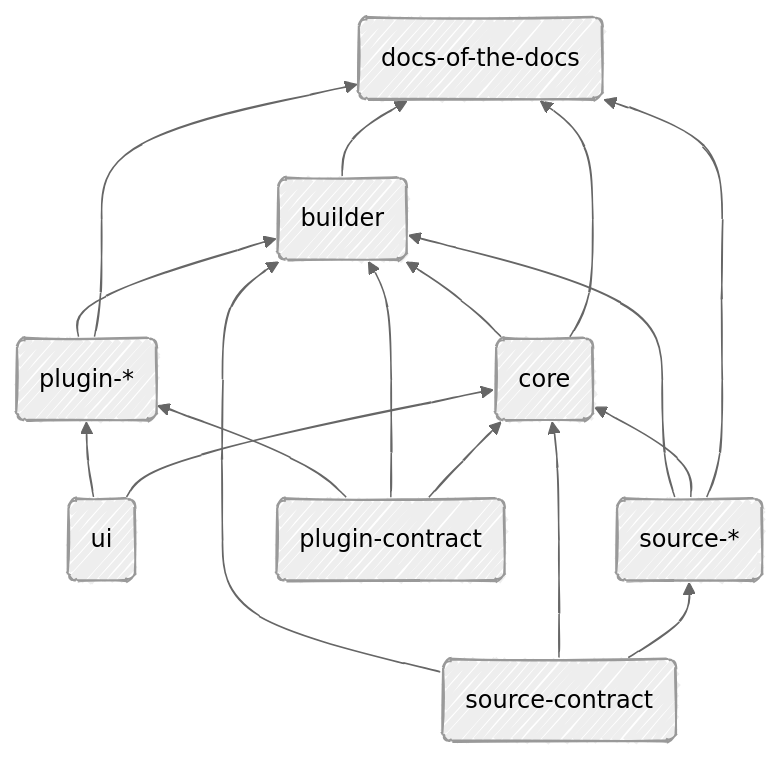
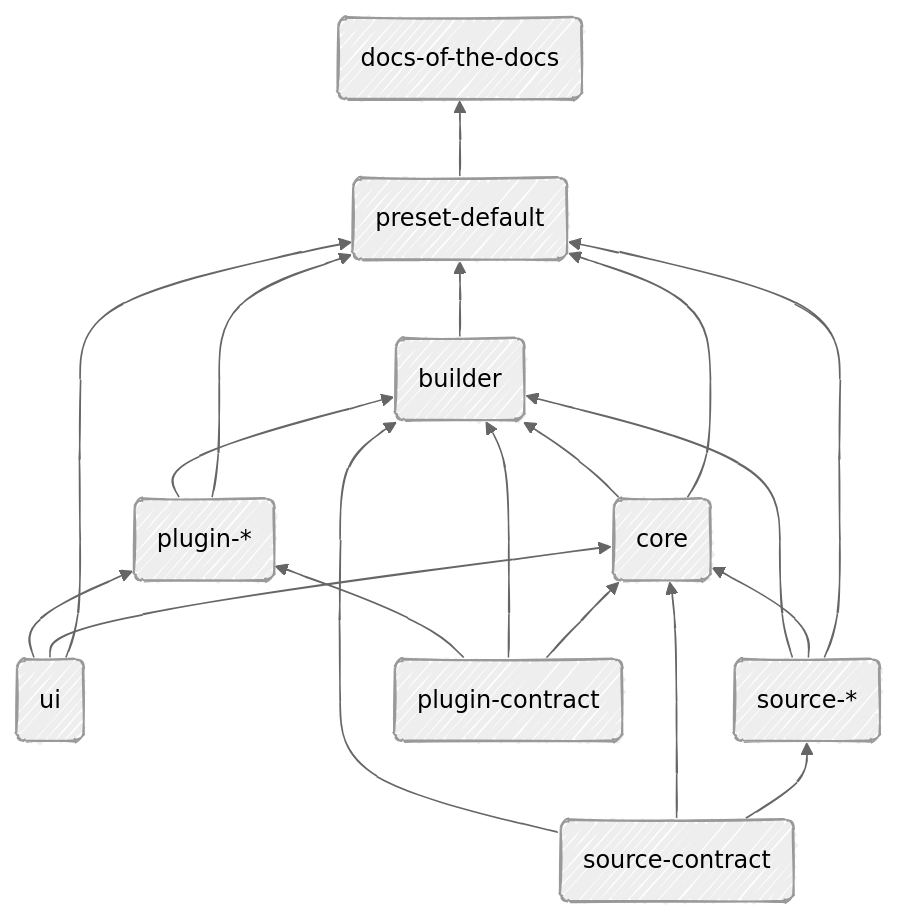
One commit to thspacecode/the-docs changed the diagram in docs/packages-boundaries/index.mdx. Above: the diagram before and after it, drawn with Mermaid. The commit also changed other lines of this file and 18 other files, not shown here.

Commit message:
feat: add default application preset

````diff
--- a/docs/packages-boundaries/index.mdx
+++ b/docs/packages-boundaries/index.mdx
@@ -29,34 +30,37 @@
 ```mermaid
 ---
 config:
   look: handDrawn
   theme: neutral
 ---
 
 flowchart BT
     app("docs-of-the-docs")
+    preset("preset-default")
     core("core")
     builder("builder")
     ui("ui")
     source-*("source-*")
     source-contract("source-contract")
     plugins("plugin-*")
     contract("plugin-contract")
 
-    core --> app
-    builder --> app
-    plugins --> app
-    source-* --> app
+    preset --> app
+    core --> preset
+    builder --> preset
+    plugins --> preset
+    source-* --> preset
+    ui --> preset
     source-* --> core
     source-contract --> source-*
     source-contract --> core
     source-contract --> builder
     ui --> core
     contract --> core
     core --> builder
     source-* --> builder
     plugins --> builder
     contract --> builder
     ui --> plugins
     contract --> plugins
 ```
````
